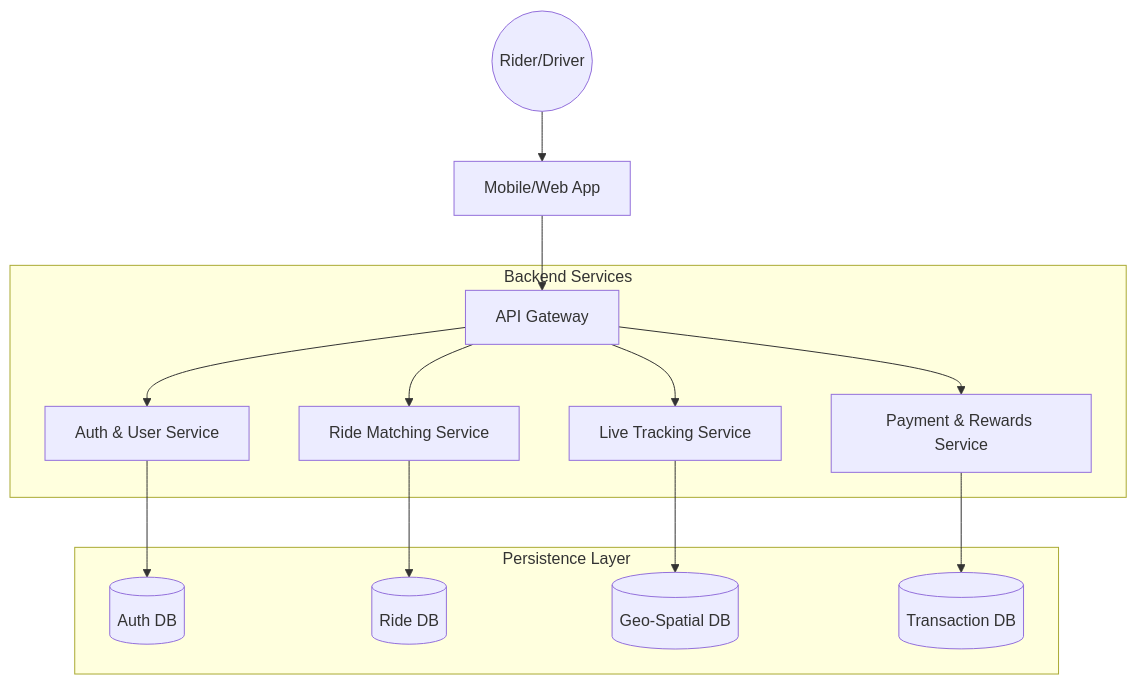
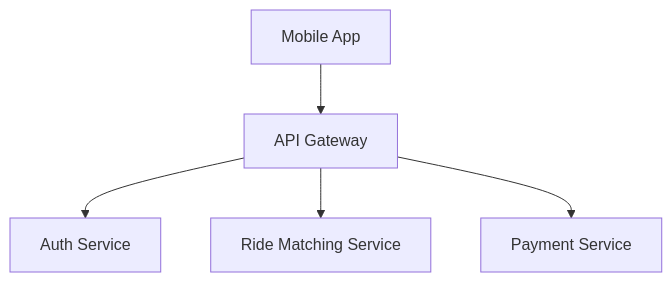
Before and after one commit to Maga01A/holbertonschool-ai4devs: the diagram in ai_specification_writer/system_architecture.mmd, drawn with Mermaid. The commit also changed 1 other file, not shown here.

```diff
--- a/ai_specification_writer/system_architecture.mmd
+++ b/ai_specification_writer/system_architecture.mmd
@@ -1,17 +1,5 @@
 graph TD
-  User((Rider/Driver)) --> Frontend[Mobile/Web App]
-  Frontend --> Gateway[API Gateway]
-
-  subgraph "Backend Services"
-    Gateway --> AuthService[Auth & User Service]
-    Gateway --> MatchingService[Ride Matching Service]
-    Gateway --> TrackingService[Live Tracking Service]
-    Gateway --> PaymentService[Payment & Rewards Service]
-  end
-
-  subgraph "Persistence Layer"
-    AuthService --> AuthDB[(Auth DB)]
-    MatchingService --> RideDB[(Ride DB)]
-    TrackingService --> GeoDB[(Geo-Spatial DB)]
-    PaymentService --> PayDB[(Transaction DB)]
-  end
+  A[Mobile App] --> B[API Gateway]
+  B --> C[Auth Service]
+  B --> D[Ride Matching Service]
+  B --> E[Payment Service]
```
